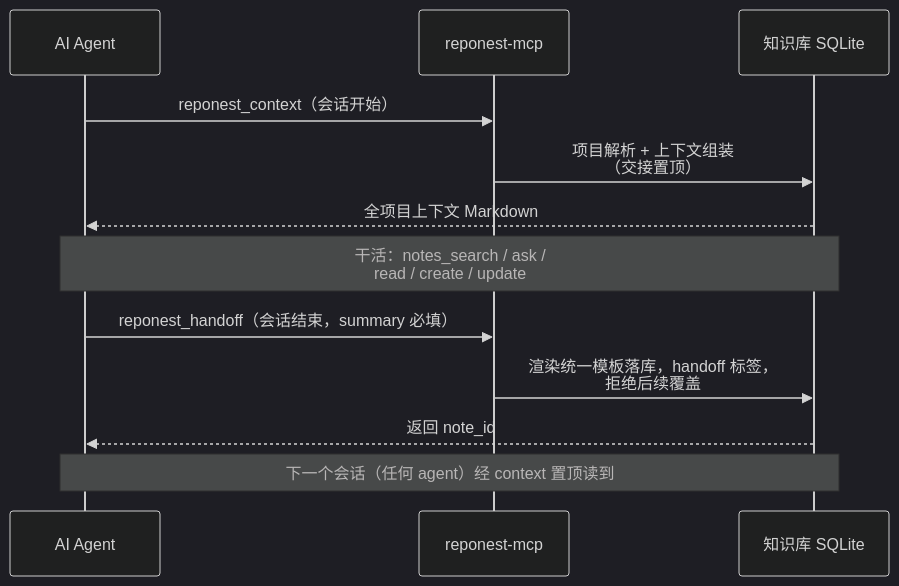
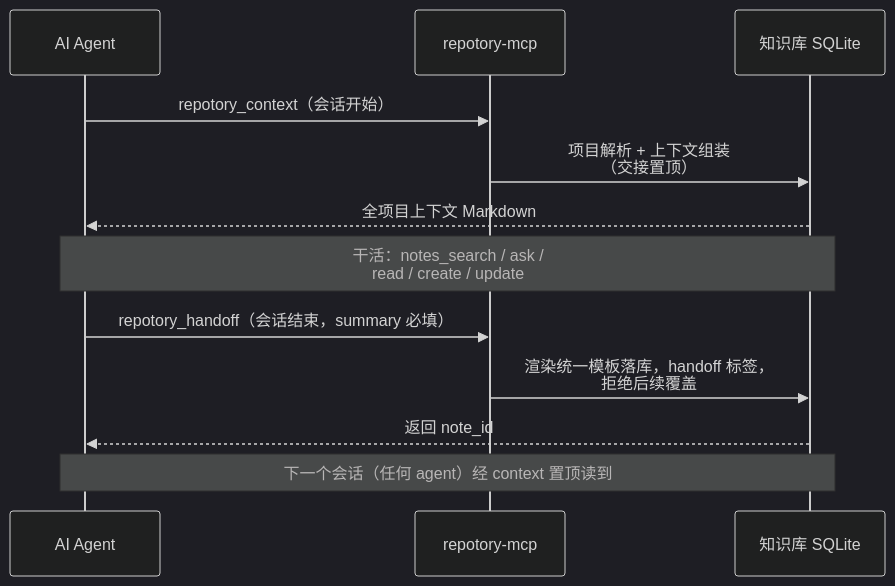
One commit to sky-jiangcheng/repo-nest changed the diagram in docs/features/ai-integration.md. Above: the diagram before and after it, drawn with Mermaid (dark theme). The commit also changed other lines of this file and 242 other files, not shown here.

````diff
--- a/docs/features/ai-integration.md
+++ b/docs/features/ai-integration.md
@@ -87,14 +87,14 @@
 ```mermaid
 sequenceDiagram
     participant A as AI Agent
-    participant R as reponest-mcp
+    participant R as repotory-mcp
     participant K as 知识库 SQLite
-    A->>R: reponest_context（会话开始）
+    A->>R: repotory_context（会话开始）
     R->>K: 项目解析 + 上下文组装<br>（交接置顶）
     K-->>A: 全项目上下文 Markdown
     Note over A,K: 干活：notes_search / ask /<br>read / create / update
-    A->>R: reponest_handoff（会话结束，summary 必填）
+    A->>R: repotory_handoff（会话结束，summary 必填）
     R->>K: 渲染统一模板落库，handoff 标签，<br>拒绝后续覆盖
     K-->>A: 返回 note_id
     Note over K,A: 下一个会话（任何 agent）经 context 置顶读到
 ```
````
